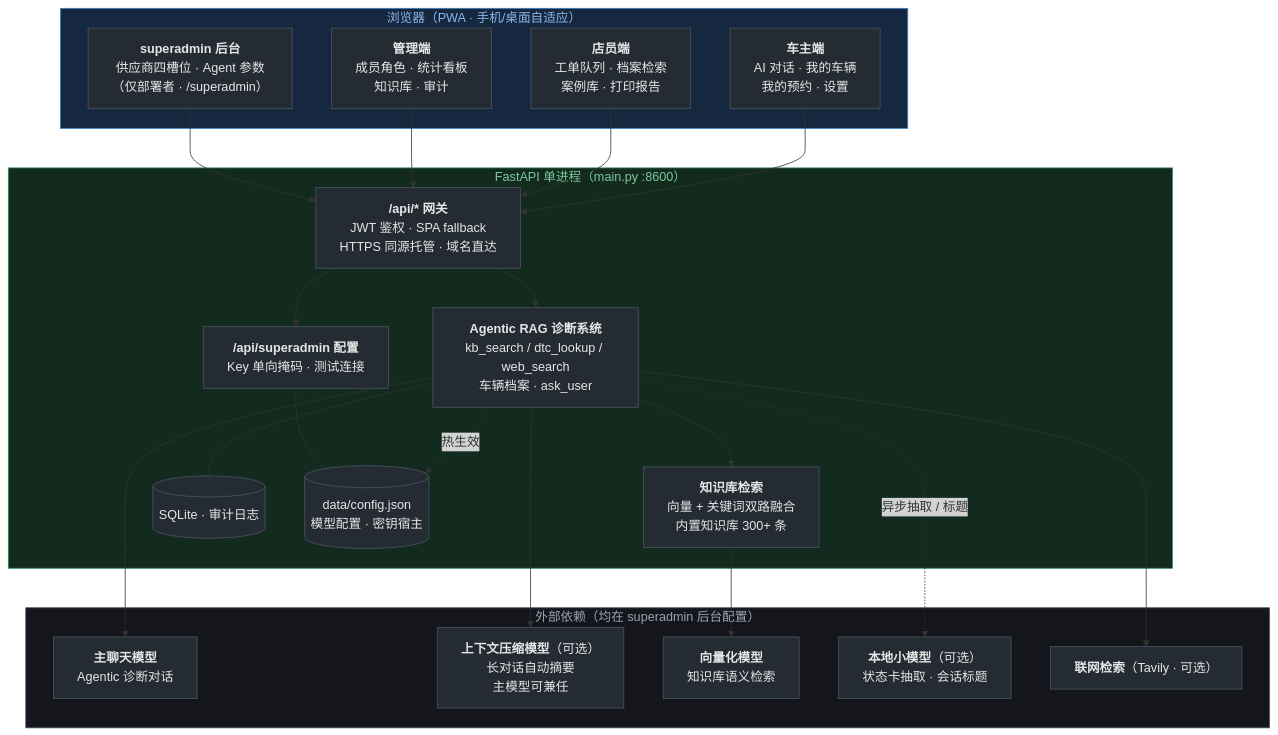
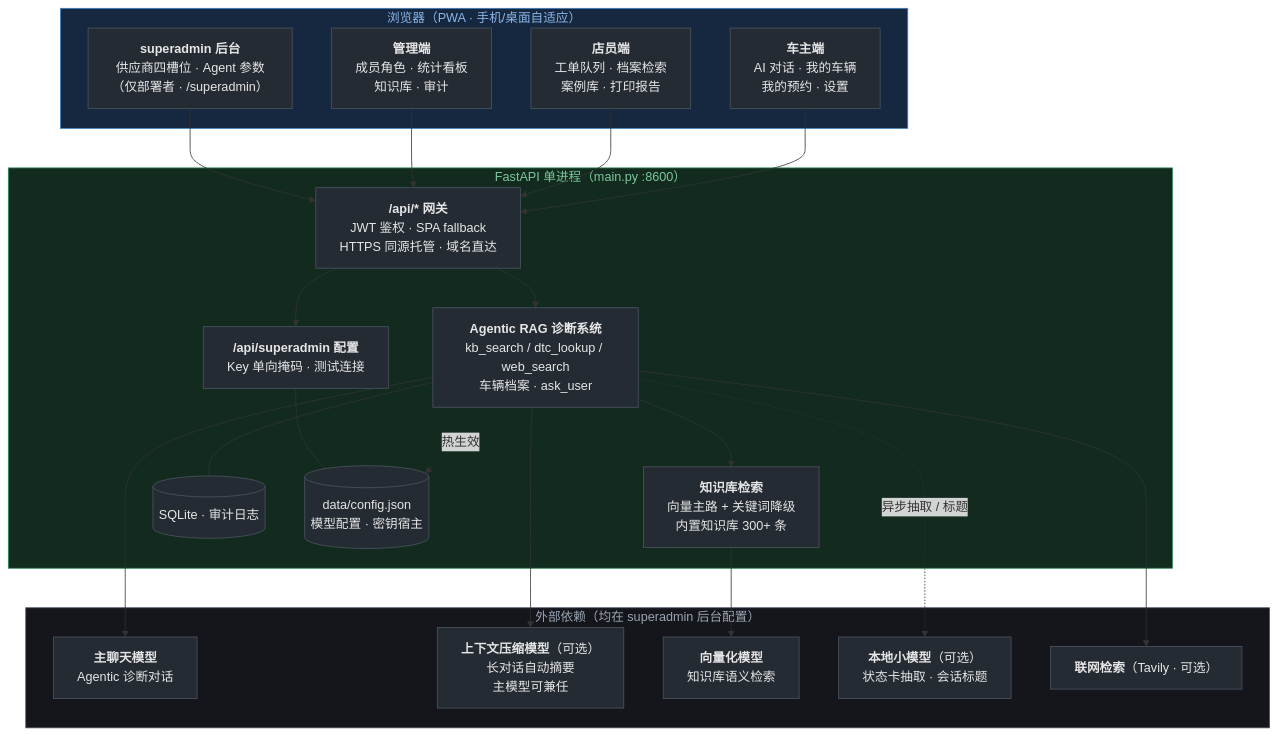
The diagram in README.md (EVOL233awa/NEV-AI-Diagnostic-System), drawn with Mermaid before and after one commit. The commit also changed other lines of this file and 2 other files, not shown here.

````diff
--- a/README.md
+++ b/README.md
@@ -9,48 +11,48 @@
 ```mermaid
 flowchart TB
     subgraph browser["浏览器（PWA · 手机/桌面自适应）"]
         B1["<b>车主端</b><br/>AI 对话 · 我的车辆<br/>我的预约 · 设置"]
         B2["<b>店员端</b><br/>工单队列 · 档案检索<br/>案例库 · 打印报告"]
         B3["<b>管理端</b><br/>成员角色 · 统计看板<br/>知识库 · 审计"]
         B4["<b>superadmin 后台</b><br/>供应商四槽位 · Agent 参数<br/>（仅部署者 · /superadmin）"]
     end
 
     subgraph backend["FastAPI 单进程（main.py :8600）"]
         GW["<b>/api/* 网关</b><br/>JWT 鉴权 · SPA fallback<br/>HTTPS 同源托管 · 域名直达"]
         AG["<b>Agentic RAG 诊断系统</b><br/>kb_search / dtc_lookup / web_search<br/>车辆档案 · ask_user"]
-        RAG["<b>知识库检索</b><br/>向量 + 关键词双路融合<br/>内置知识库 300+ 条"]
+        RAG["<b>知识库检索</b><br/>向量主路 + 关键词降级<br/>内置知识库 300+ 条"]
         DB[("SQLite · 审计日志")]
         SA["<b>/api/superadmin 配置</b><br/>Key 单向掩码 · 测试连接"]
         CFG[("data/config.json<br/>模型配置 · 密钥宿主")]
     end
 
     subgraph deps["外部依赖（均在 superadmin 后台配置）"]
         M1["<b>主聊天模型</b><br/>Agentic 诊断对话"]
         M2["<b>上下文压缩模型</b>（可选）<br/>长对话自动摘要<br/>主模型可兼任"]
         M3["<b>向量化模型</b><br/>知识库语义检索"]
         M4["<b>本地小模型</b>（可选）<br/>状态卡抽取 · 会话标题"]
         TV["<b>联网检索</b>（Tavily · 可选）"]
     end
 
     B1 --> GW
     B2 --> GW
     B3 --> GW
     B4 --> GW
     GW --> AG
     GW --> SA
     AG --> RAG
     AG --- DB
     AG -. "热生效" .-> CFG
     SA --- CFG
     AG --> M1
     AG --> M2
     AG --> TV
     AG -. "异步抽取 / 标题" .-> M4
     RAG --> M3
 
     classDef node fill:#252b33,stroke:#4b5563,color:#e6e6e6
     class B1,B2,B3,B4,GW,AG,RAG,DB,SA,CFG,M1,M2,M3,M4,TV node
     style browser fill:#16283f,stroke:#3b82c4,color:#8ab6e8
     style backend fill:#122b1e,stroke:#2e8b57,color:#7dc79a
     style deps fill:#14161c,stroke:#4b5563,color:#9aa4b2
 ```
````
